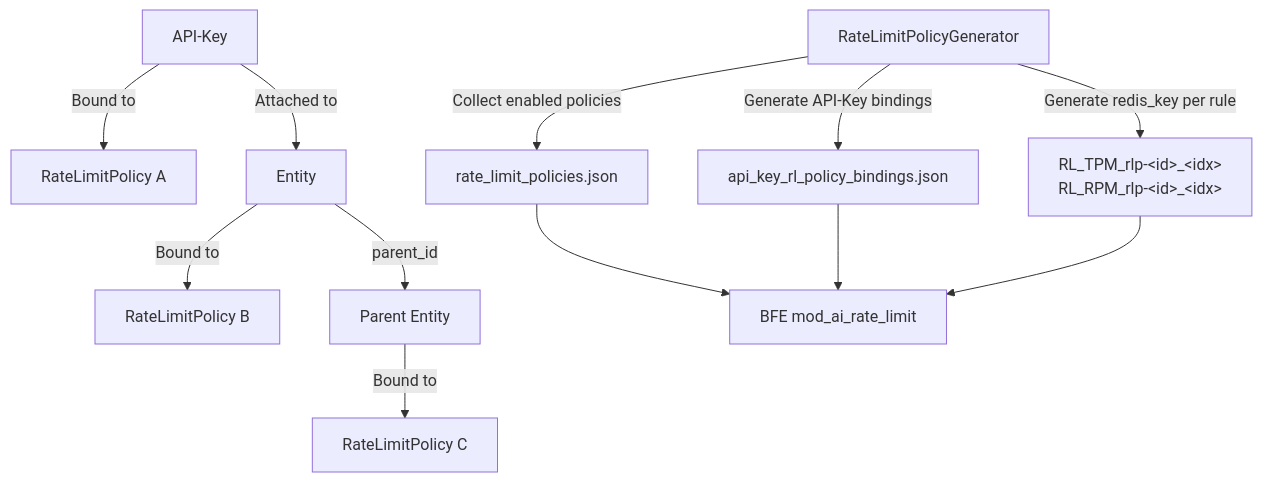
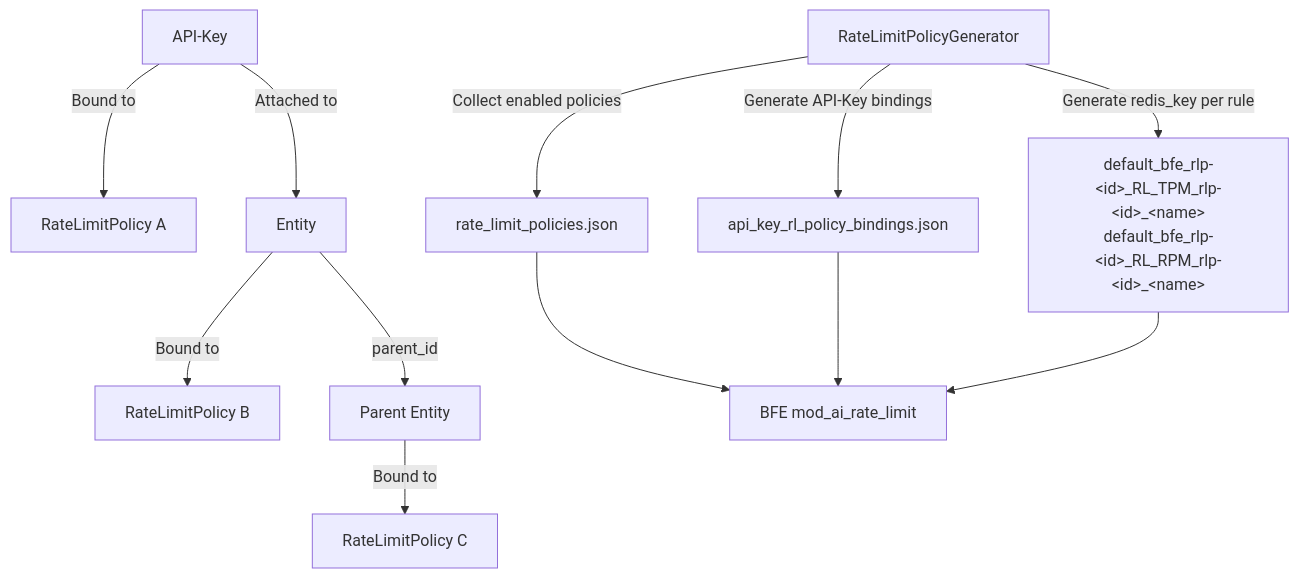
Before and after one commit to mileszhang2016/rainway-book: the third of 4 diagrams in en_us/design/chapter12-quota-and-rate-limit.md, drawn with Mermaid. The commit also changed other lines of this file and 55 other files, not shown here.

````diff
--- a/en_us/design/chapter12-quota-and-rate-limit.md
+++ b/en_us/design/chapter12-quota-and-rate-limit.md
@@ -347,16 +351,16 @@
 ```mermaid
 flowchart TD
     A[API-Key] -->|Bound to| B[RateLimitPolicy A]
     A -->|Attached to| C[Entity]
     C -->|Bound to| D[RateLimitPolicy B]
     C -->|parent_id| E[Parent Entity]
     E -->|Bound to| F[RateLimitPolicy C]
 
     G[RateLimitPolicyGenerator] -->|Collect enabled policies| H[rate_limit_policies.json]
     G -->|Generate API-Key bindings| I[api_key_rl_policy_bindings.json]
-    G -->|Generate redis_key per rule| J["RL_TPM_rlp-&lt;id&gt;_&lt;idx&gt;<br/>RL_RPM_rlp-&lt;id&gt;_&lt;idx&gt;"]
+    G -->|Generate redis_key per rule| J["default_bfe_rlp-&lt;id&gt;_RL_TPM_rlp-&lt;id&gt;_&lt;name&gt;<br/>default_bfe_rlp-&lt;id&gt;_RL_RPM_rlp-&lt;id&gt;_&lt;name&gt;"]
 
     H --> K[BFE mod_ai_rate_limit]
     I --> K
     J --> K
 ```
````
